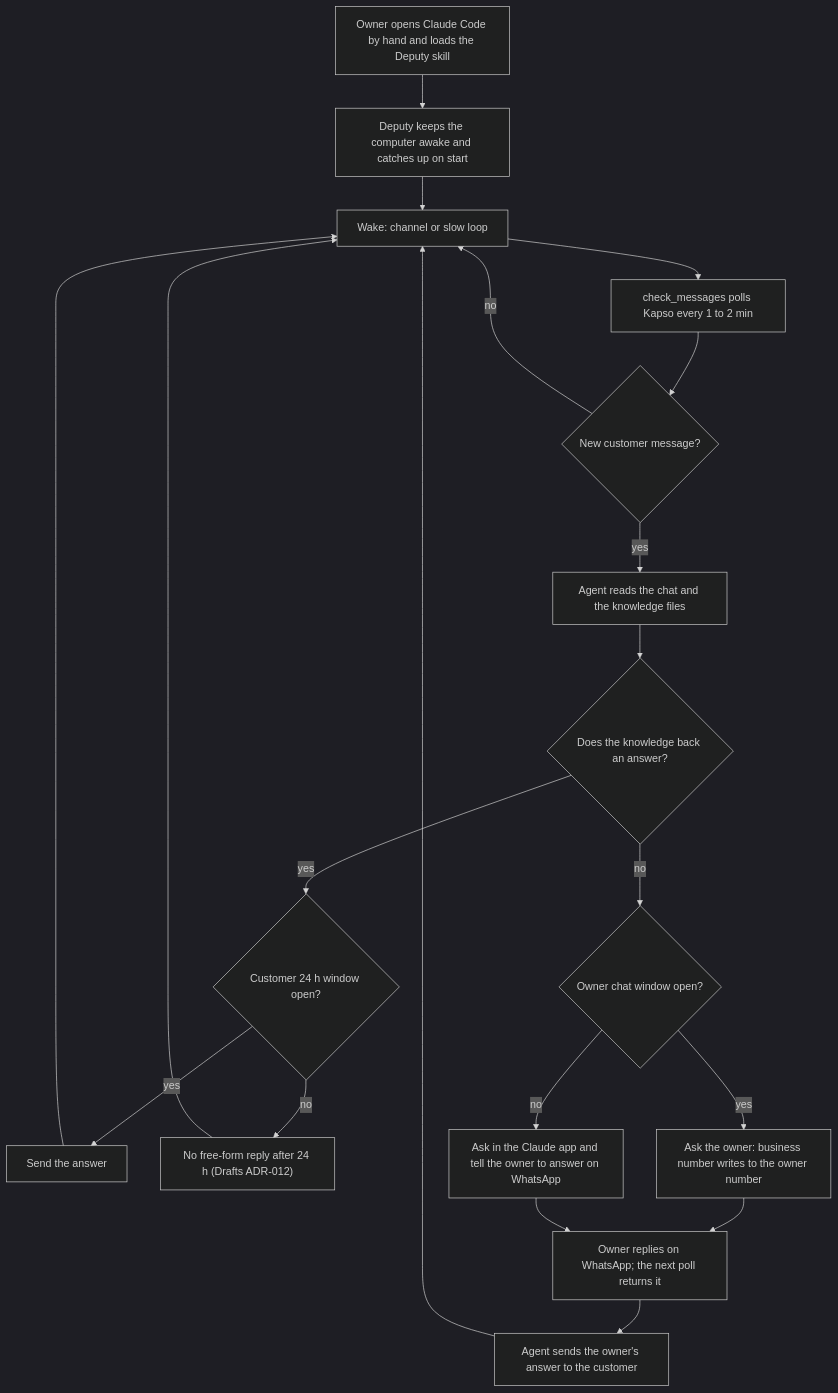
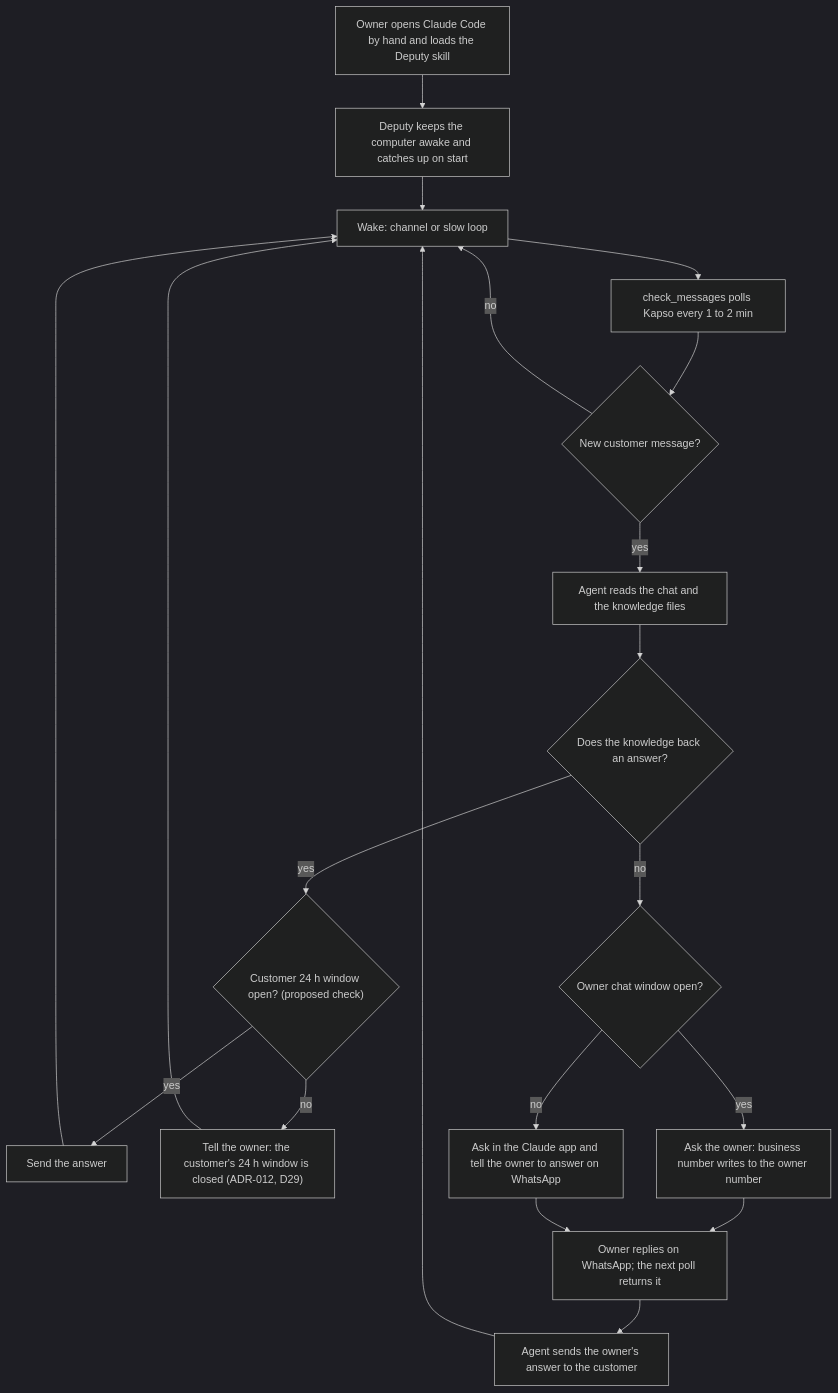
Before and after one commit to antonygiomarxdev/deputy: the diagram in docs/PRODUCT.md, drawn with Mermaid (dark theme). The commit also changed other lines of this file and 2 other files, not shown here.

Commit message:
docs: mark the Kapso loopback form and the customer window check as proposed in REQ-15

````diff
--- a/docs/PRODUCT.md
+++ b/docs/PRODUCT.md
@@ -80,22 +80,22 @@
 ```mermaid
 flowchart TD
   A["Owner opens Claude Code by hand and loads the Deputy skill"] --> B["Deputy keeps the computer awake and catches up on start"]
   B --> C["Wake: channel or slow loop"]
   C --> D["check_messages polls Kapso every 1 to 2 min"]
   D --> E{"New customer message?"}
   E -- no --> C
   E -- yes --> F["Agent reads the chat and the knowledge files"]
   F --> G{"Does the knowledge back an answer?"}
-  G -- yes --> H{"Customer 24 h window open?"}
+  G -- yes --> H{"Customer 24 h window open? (proposed check)"}
   H -- yes --> I["Send the answer"]
-  H -- no --> J["No free-form reply after 24 h (Drafts ADR-012)"]
+  H -- no --> J["Tell the owner: the customer's 24 h window is closed (ADR-012, D29)"]
   G -- no --> K{"Owner chat window open?"}
   K -- yes --> L["Ask the owner: business number writes to the owner number"]
   K -- no --> M["Ask in the Claude app and tell the owner to answer on WhatsApp"]
   L --> N["Owner replies on WhatsApp; the next poll returns it"]
   N --> P["Agent sends the owner's answer to the customer"]
   M --> N
   I --> C
   J --> C
   P --> C
 ```
````
